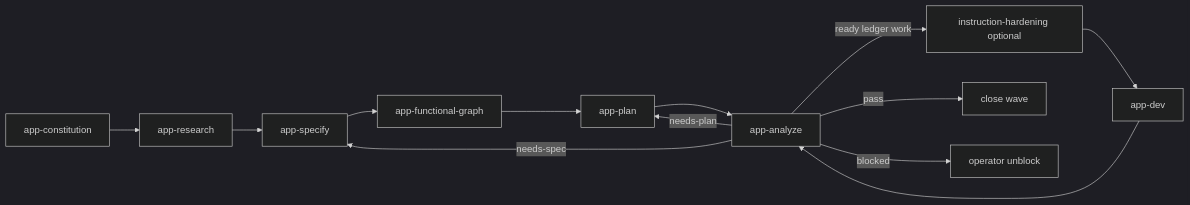
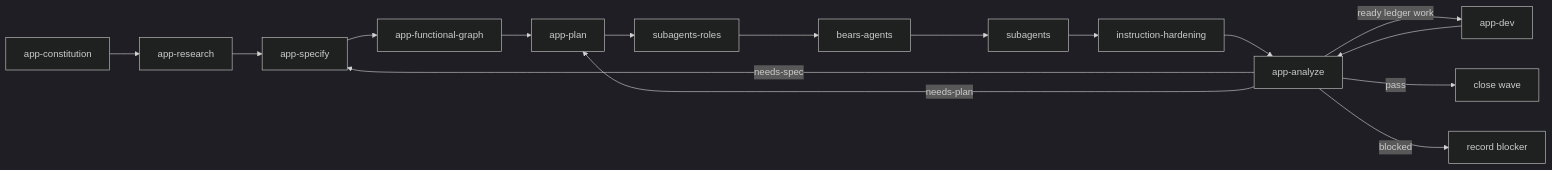
Before and after one commit to BearsCLOUD/bears-app-based-workflow: the diagram in SPEC.md, drawn with Mermaid (dark theme). The commit also changed other lines of this file and 16 other files, not shown here.

````diff
--- a/SPEC.md
+++ b/SPEC.md
@@ -19,15 +22,18 @@
 ```mermaid
 flowchart LR
   C["app-constitution"] --> R["app-research"]
   R --> S["app-specify"]
   S --> G["app-functional-graph"]
   G --> P["app-plan"]
-  P --> A["app-analyze"]
+  P --> RA["subagents-roles"]
+  RA --> BA["bears-agents"]
+  BA --> SG["subagents"]
+  SG --> H["instruction-hardening"]
+  H --> A["app-analyze"]
   A -->|needs-spec| S
   A -->|needs-plan| P
-  A -->|ready ledger work| H["instruction-hardening optional"]
-  H --> D["app-dev"]
+  A -->|ready ledger work| D["app-dev"]
   D --> A
   A -->|pass| X["close wave"]
-  A -->|blocked| B["operator unblock"]
+  A -->|blocked| B["record blocker"]
 ```
````
